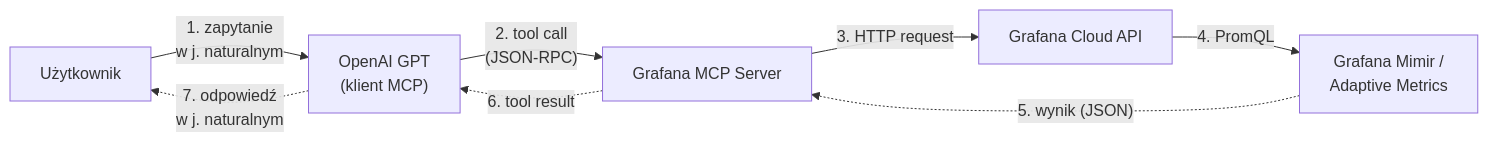
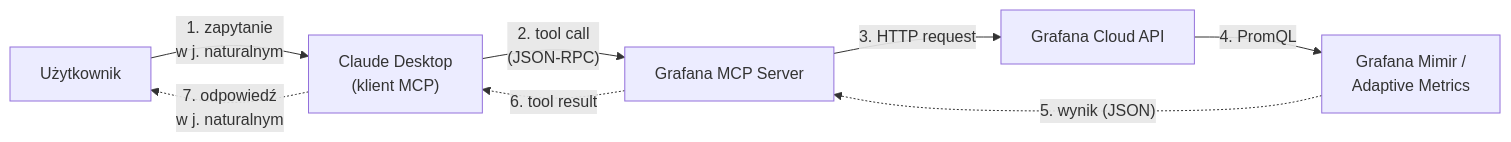
One commit to dg-creator/Ada-M changed the fifth of 5 diagrams in readme.md. Above: the diagram before and after it, drawn with Mermaid. The commit also changed other lines of this file and 1 other file, not shown here.

````diff
--- a/readme.md
+++ b/readme.md
@@ -411,16 +413,16 @@
 ```mermaid
 graph LR
     u["Użytkownik"]
-    gpt["OpenAI GPT<br/>(klient MCP)"]
+    gpt["Claude Desktop<br/>(klient MCP)"]
     mcp["Grafana MCP Server"]
     api["Grafana Cloud API"]
     mim["Grafana Mimir /<br/>Adaptive Metrics"]
     
     u -->|"1. zapytanie<br/>w j. naturalnym"| gpt
     gpt -->|"2. tool call<br/>(JSON-RPC)"| mcp
     mcp -->|"3. HTTP request"| api
     api -->|"4. PromQL"| mim
     mim -.->|"5. wynik (JSON)"| mcp
     mcp -.->|"6. tool result"| gpt
     gpt -.->|"7. odpowiedź<br/>w j. naturalnym"| u
 ```
````
